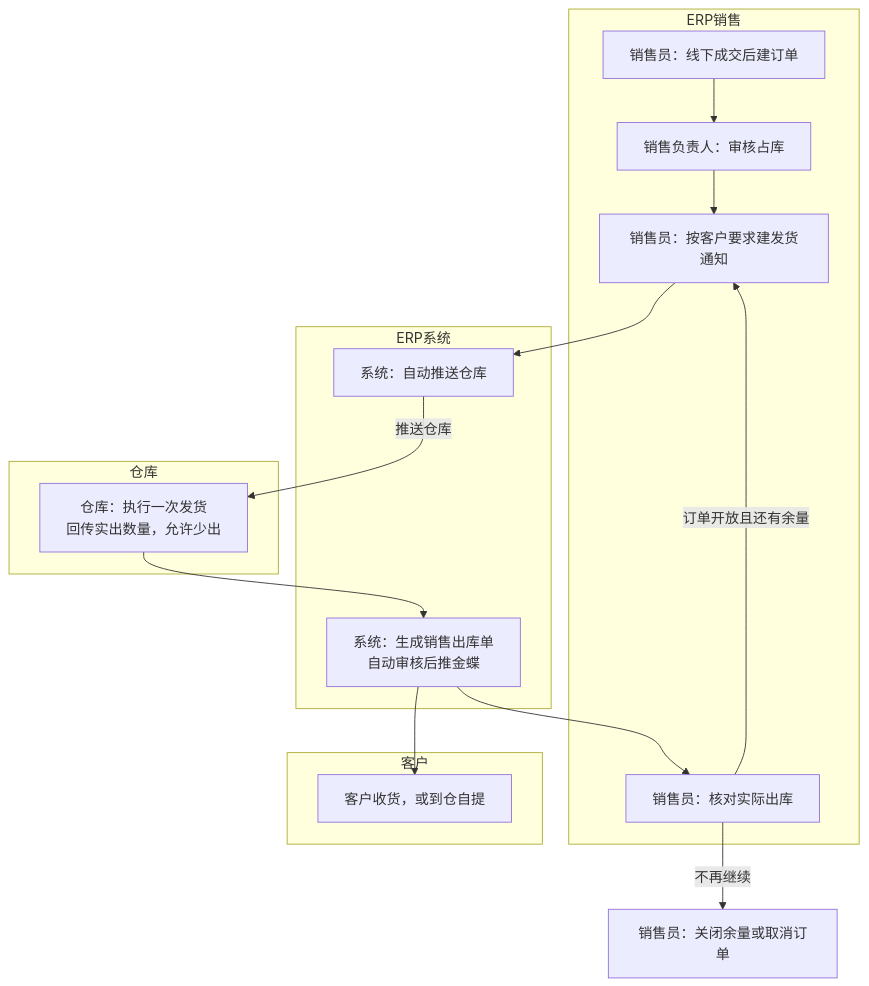
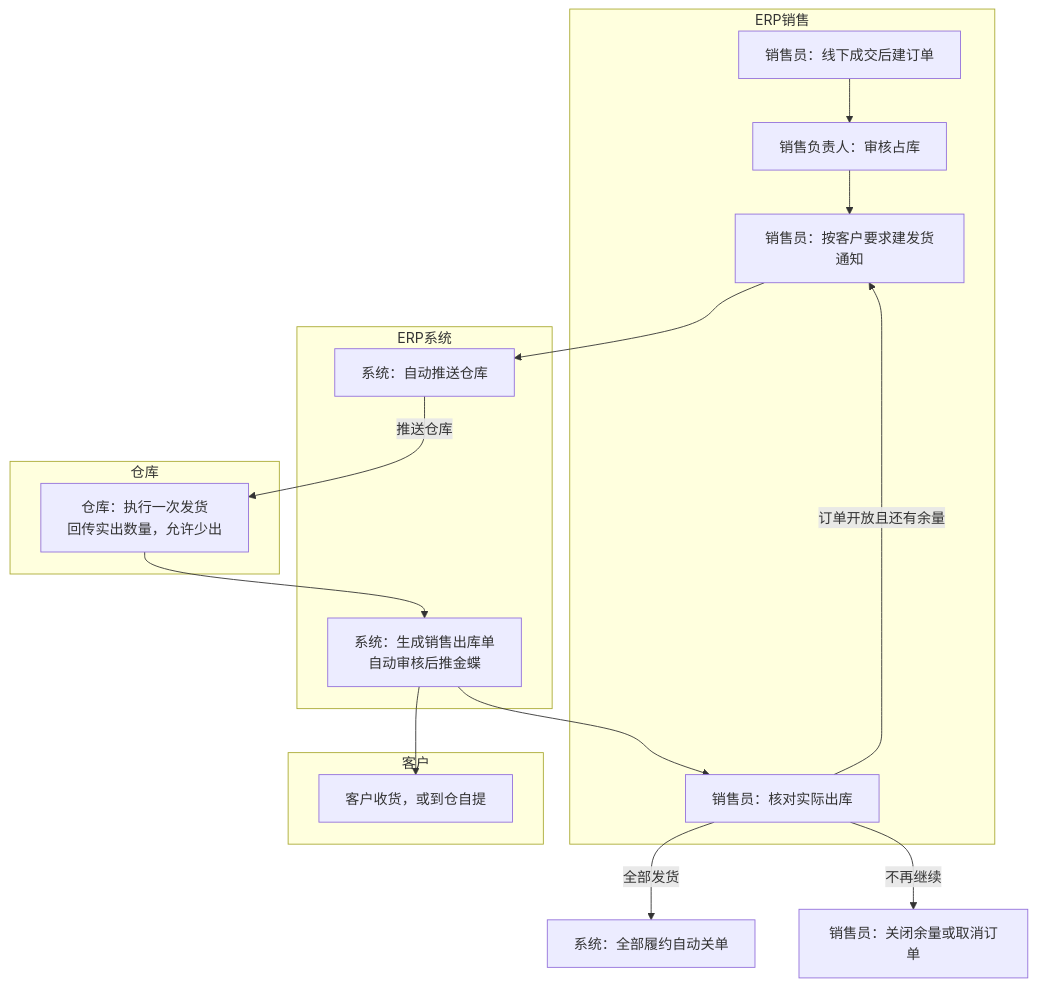
The third of 11 diagrams in 04-产品设计方案/20260812-ERP项目第一版框架搭建/系统架构和流程/01-系统流程与单据交互.md (TopVitamin/QS-ERP-Project), drawn with Mermaid before and after one commit. The commit also changed other lines of this file and 101 other files, not shown here.

````diff
--- a/04-产品设计方案/20260812-ERP项目第一版框架搭建/系统架构和流程/01-系统流程与单据交互.md
+++ b/04-产品设计方案/20260812-ERP项目第一版框架搭建/系统架构和流程/01-系统流程与单据交互.md
@@ -98,25 +102,26 @@
 ```mermaid
 flowchart TB
     subgraph ERP销售
         S1[销售员：线下成交后建订单] --> S2[销售负责人：审核占库]
         S2 --> S3[销售员：按客户要求建发货通知]
         S6[销售员：核对实际出库]
     end
     subgraph ERP系统
         T1[系统：自动推送仓库]
         T2[系统：生成销售出库单<br/>自动审核后推金蝶]
     end
     subgraph 仓库
         W1[仓库：执行一次发货<br/>回传实出数量，允许少出]
     end
     subgraph 客户
         C1[客户收货，或到仓自提]
     end
     S3 --> T1
     T1 -->|推送仓库| W1
     W1 --> T2
     T2 --> S6
     T2 --> C1
     S6 -->|订单开放且还有余量| S3
+    S6 -->|全部发货| S8[系统：全部履约自动关单]
     S6 -->|不再继续| S7[销售员：关闭余量或取消订单]
 ```
````
